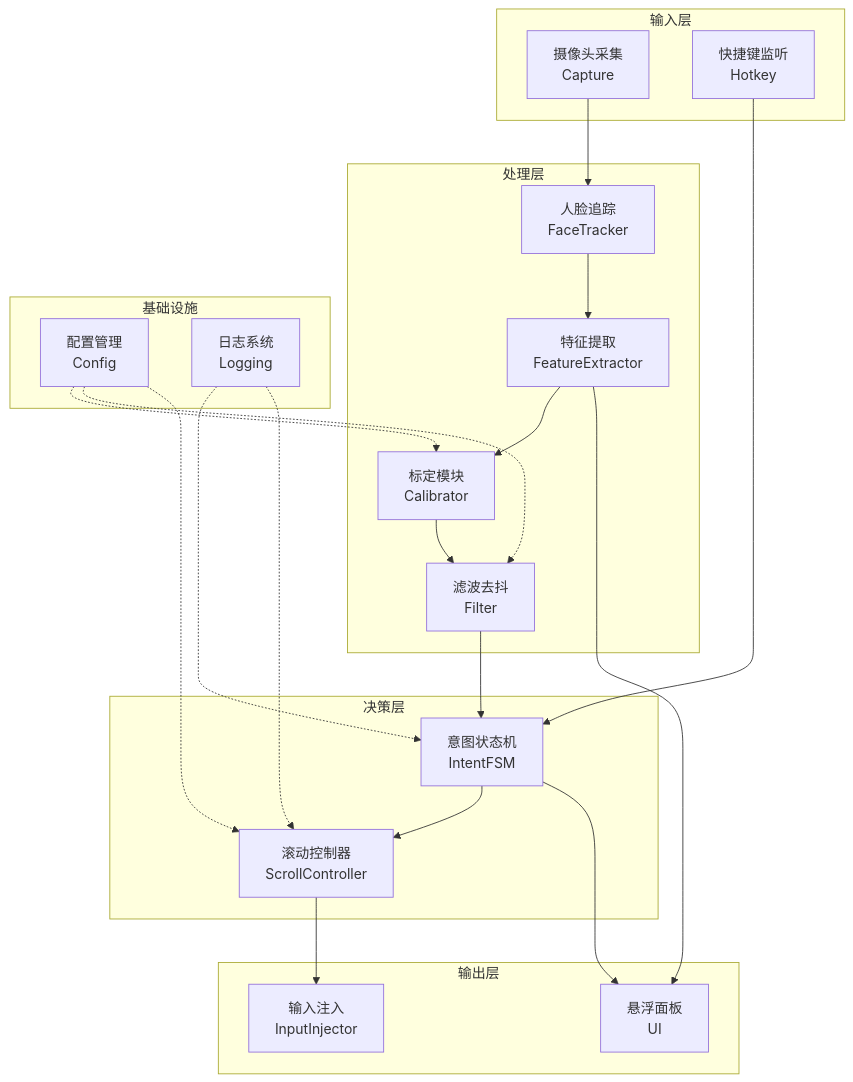
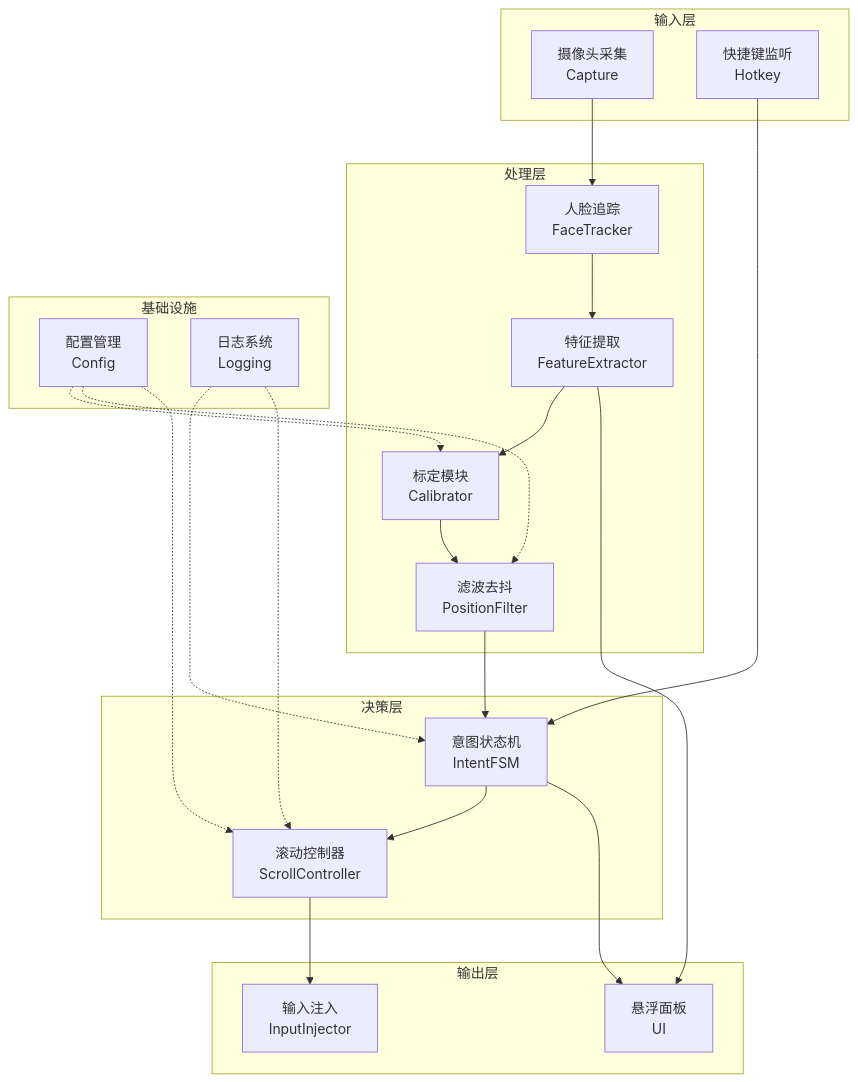
Before and after one commit to Aiyanye123/HeadScroll: the first of 6 diagrams in 架构文档.md, drawn with Mermaid. The commit also changed other lines of this file and 23 other files, not shown here.

````diff
--- a/架构文档.md
+++ b/架构文档.md
@@ -19,47 +27,47 @@
 ```mermaid
 graph TB
     subgraph 输入层["输入层"]
         CAM[摄像头采集<br/>Capture]
         HK[快捷键监听<br/>Hotkey]
     end
     
     subgraph 处理层["处理层"]
         FT[人脸追踪<br/>FaceTracker]
         FE[特征提取<br/>FeatureExtractor]
         CAL[标定模块<br/>Calibrator]
-        FIL[滤波去抖<br/>Filter]
+        FIL[滤波去抖<br/>PositionFilter]
     end
     
     subgraph 决策层["决策层"]
         FSM[意图状态机<br/>IntentFSM]
         SC[滚动控制器<br/>ScrollController]
     end
     
     subgraph 输出层["输出层"]
         INJ[输入注入<br/>InputInjector]
         UI[悬浮面板<br/>UI]
     end
     
     subgraph 基础设施["基础设施"]
         CFG[配置管理<br/>Config]
         LOG[日志系统<br/>Logging]
     end
     
     CAM --> FT
     FT --> FE
     FE --> CAL
     CAL --> FIL
     FIL --> FSM
     FSM --> SC
     SC --> INJ
     HK --> FSM
     
     CFG -.-> CAL
     CFG -.-> FIL
     CFG -.-> SC
     LOG -.-> FSM
     LOG -.-> SC
     
     FSM --> UI
     FE --> UI
 ```
````
